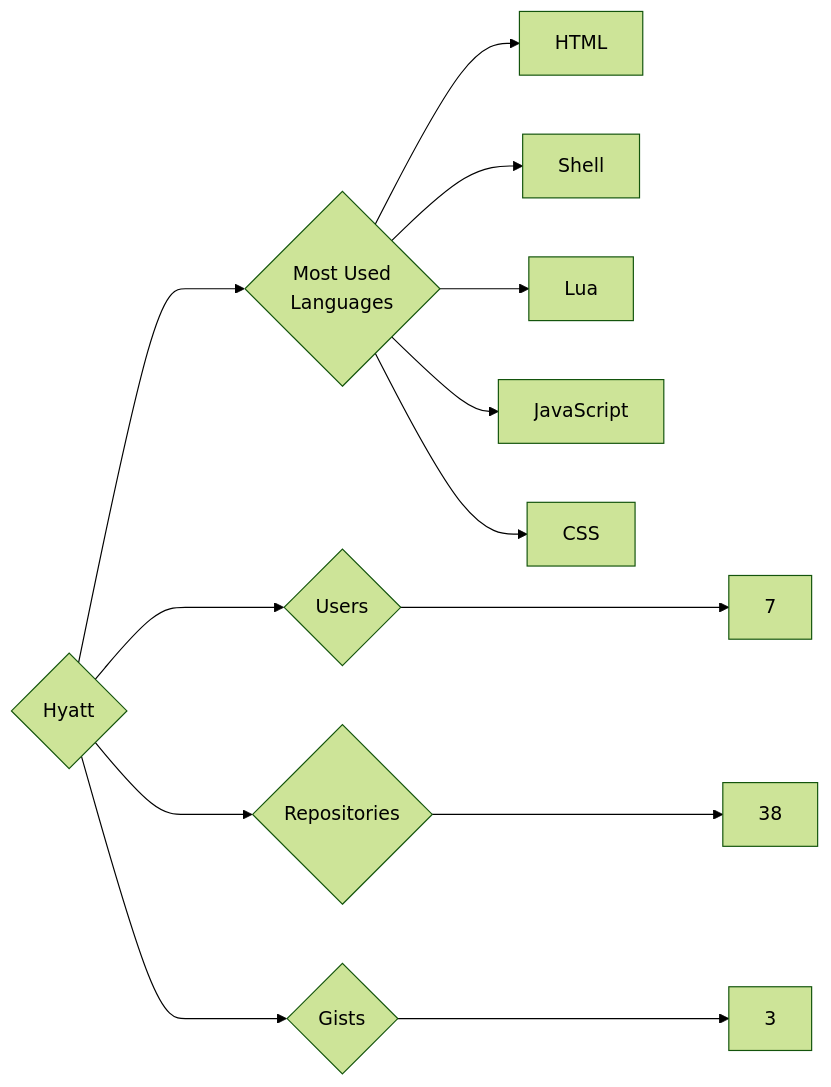
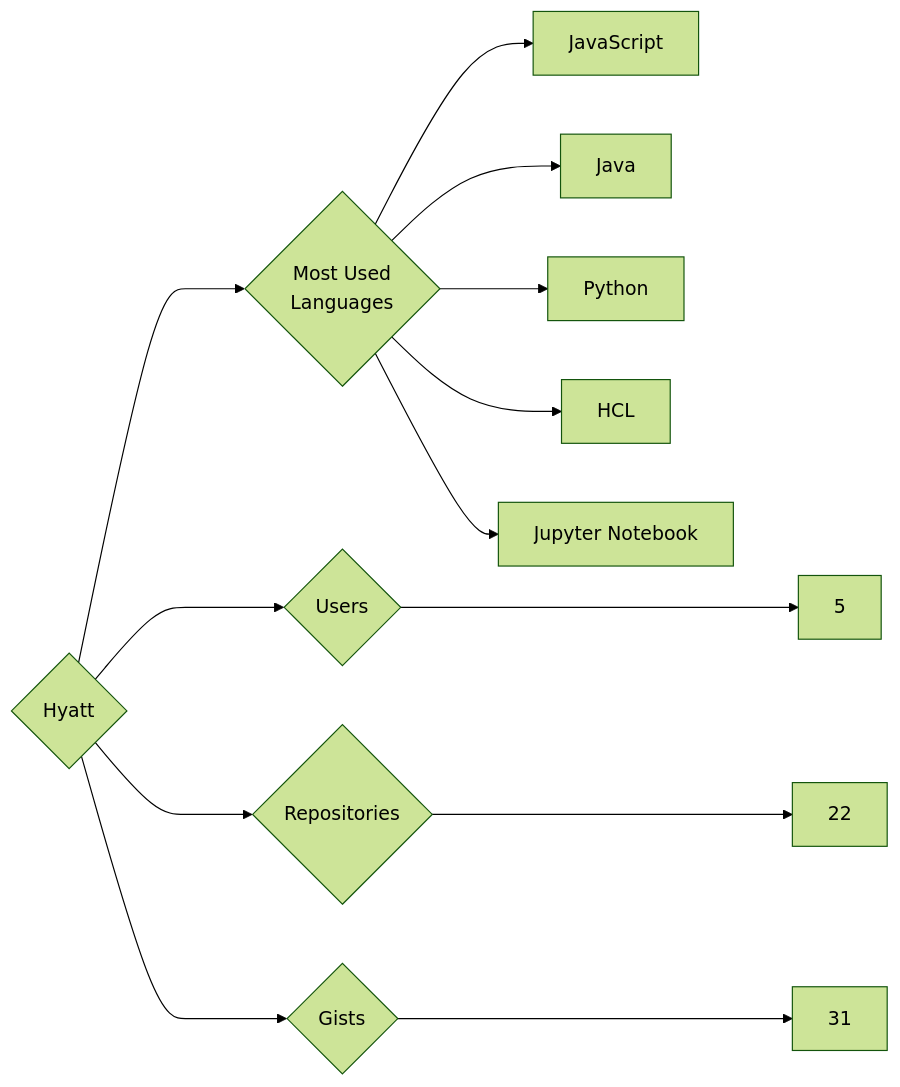
The diagram in targets/Hyatt/README.md (trickest/insiders), drawn with Mermaid (forest theme) before and after one commit. The commit also changed 944 other files, not shown here.

````diff
--- a/targets/Hyatt/README.md
+++ b/targets/Hyatt/README.md
@@ -3,13 +3,13 @@
 ```mermaid
 graph LR
 COMPANY_NAME{Hyatt}
-COMPANY_NAME ---> U{Users} ---> UN[7]
-COMPANY_NAME ---> R{Repositories} ---> RN[38]
-COMPANY_NAME ---> G{Gists} ---> GN[3]
+COMPANY_NAME ---> U{Users} ---> UN[5]
+COMPANY_NAME ---> R{Repositories} ---> RN[22]
+COMPANY_NAME ---> G{Gists} ---> GN[31]
 COMPANY_NAME ---> ML{Most Used<br>Languages}
-ML --> HTML[HTML]
-ML --> Shell[Shell]
-ML --> Lua[Lua]
 ML --> JavaScript[JavaScript]
-ML --> CSS[CSS]
+ML --> Java[Java]
+ML --> Python[Python]
+ML --> HCL[HCL]
+ML --> Jupyter_Notebook[Jupyter Notebook]
 ```
````
